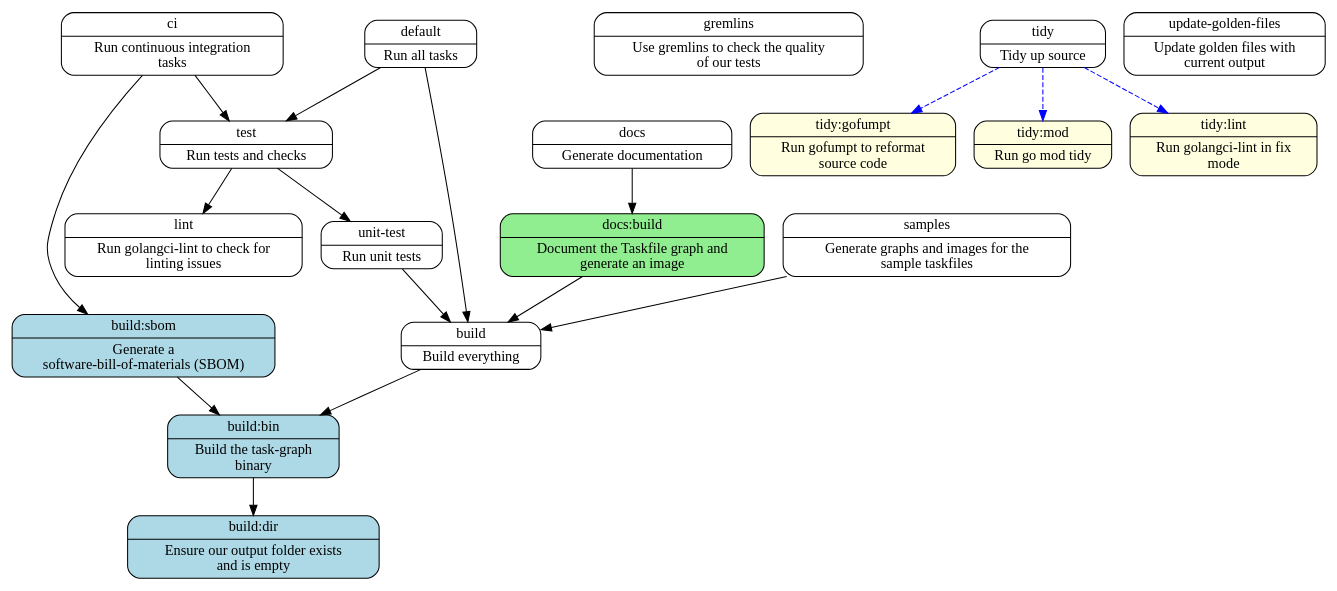
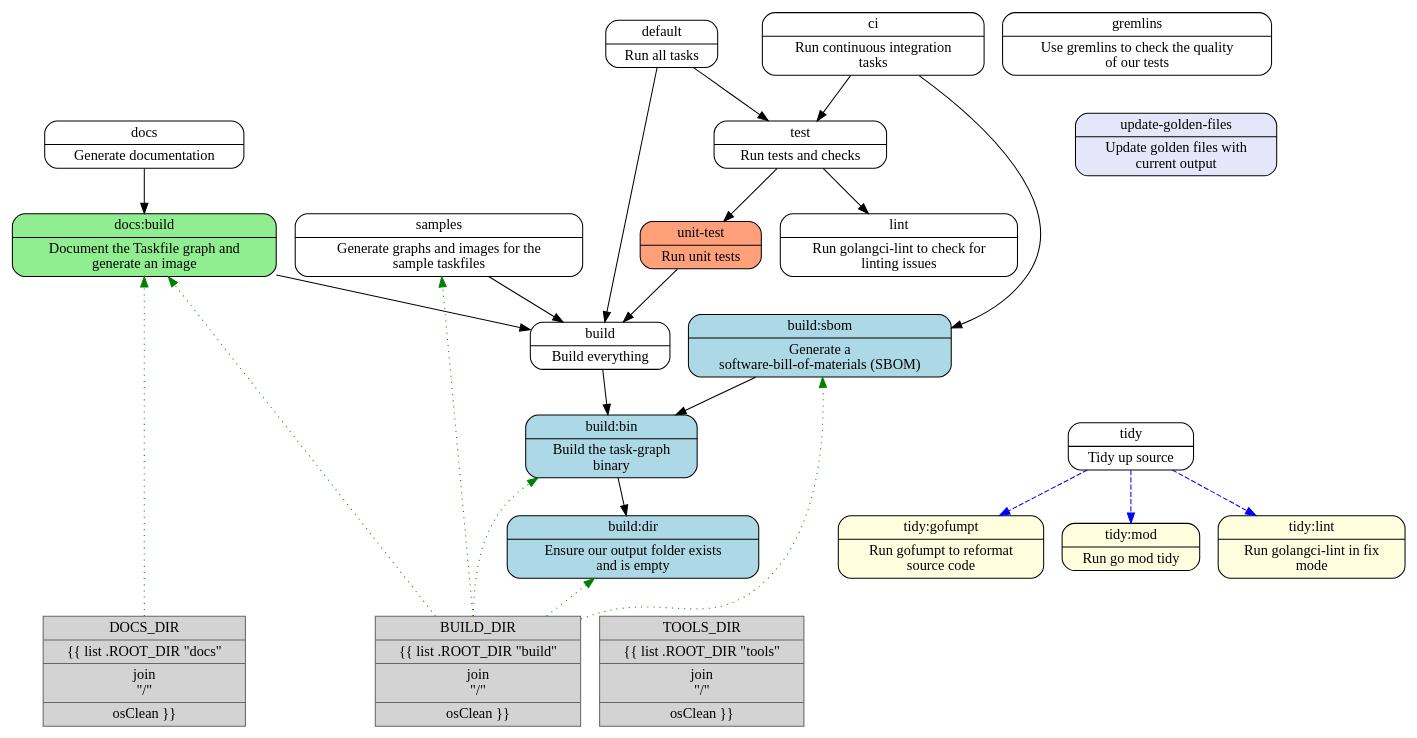
One commit to theunrepentantgeek/task-graph changed the diagram in docs/taskfile.dot. Above: the diagram before and after it, drawn with Graphviz. The commit also changed 7 other files, not shown here.

Commit message:
fix: use darker green for variable edges and escape pipe chars in record labels

```diff
--- a/docs/taskfile.dot
+++ b/docs/taskfile.dot
@@ -186,8 +186,10 @@
   
   "unit-test" [
     color="black"
+    fillcolor="lightsalmon"
     label="{unit-test | Run unit tests}"
     shape="Mrecord"
+    style="filled"
   ]
   "unit-test" -> "build" [
     color="black"
@@ -197,8 +199,69 @@
   
   "update-golden-files" [
     color="black"
+    fillcolor="lavender"
     label="{update-golden-files | Update golden files with \ncurrent output}"
     shape="Mrecord"
+    style="filled"
   ]
   
+  "var_BUILD_DIR" [
+    color="#666666"
+    fillcolor="lightgray"
+    label="{BUILD_DIR | \{\{ list .ROOT_DIR \"build\" | join \n\"/\" | osClean \}\}}"
+    shape="record"
+    style="filled"
+  ]
+  "var_BUILD_DIR" -> "build_bin" [
+    color="green"
+    penwidth="1"
+    style="dotted"
+  ]
+  "var_BUILD_DIR" -> "build_dir" [
+    color="green"
+    penwidth="1"
+    style="dotted"
+  ]
+  "var_BUILD_DIR" -> "build_sbom" [
+    color="green"
+    penwidth="1"
+    style="dotted"
+  ]
+  "var_BUILD_DIR" -> "docs_build" [
+    color="green"
+    penwidth="1"
+    style="dotted"
+  ]
+  "var_BUILD_DIR" -> "samples" [
+    color="green"
+    penwidth="1"
+    style="dotted"
+  ]
+  
+  "var_DOCS_DIR" [
+    color="#666666"
+    fillcolor="lightgray"
+    label="{DOCS_DIR | \{\{ list .ROOT_DIR \"docs\" | join \n\"/\" | osClean \}\}}"
+    shape="record"
+    style="filled"
+  ]
+  "var_DOCS_DIR" -> "docs_build" [
+    color="green"
+    penwidth="1"
+    style="dotted"
+  ]
+  
+  "var_TOOLS_DIR" [
+    color="#666666"
+    fillcolor="lightgray"
+    label="{TOOLS_DIR | \{\{ list .ROOT_DIR \"tools\" | join \n\"/\" | osClean \}\}}"
+    shape="record"
+    style="filled"
+  ]
+  
+  { rank=sink
+    "var_BUILD_DIR"
+    "var_DOCS_DIR"
+    "var_TOOLS_DIR"
+  }
 }
```
